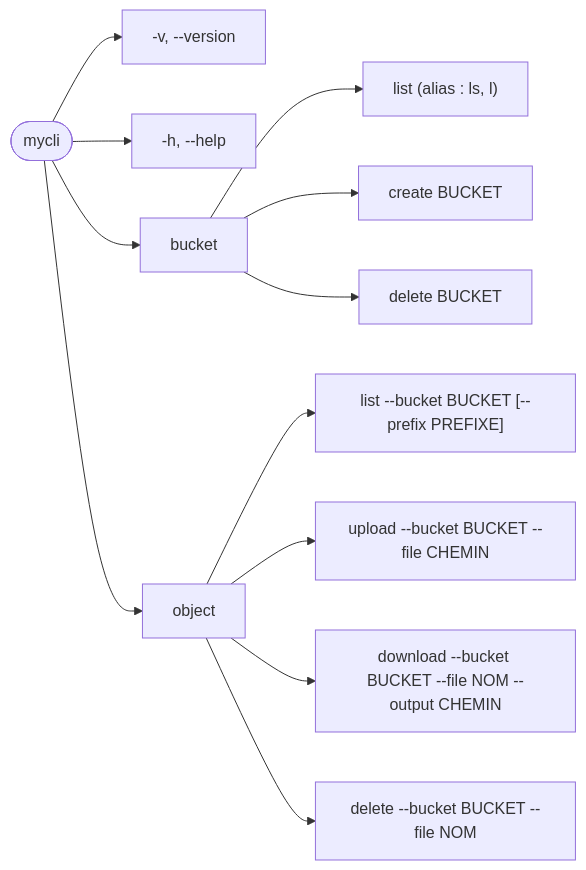
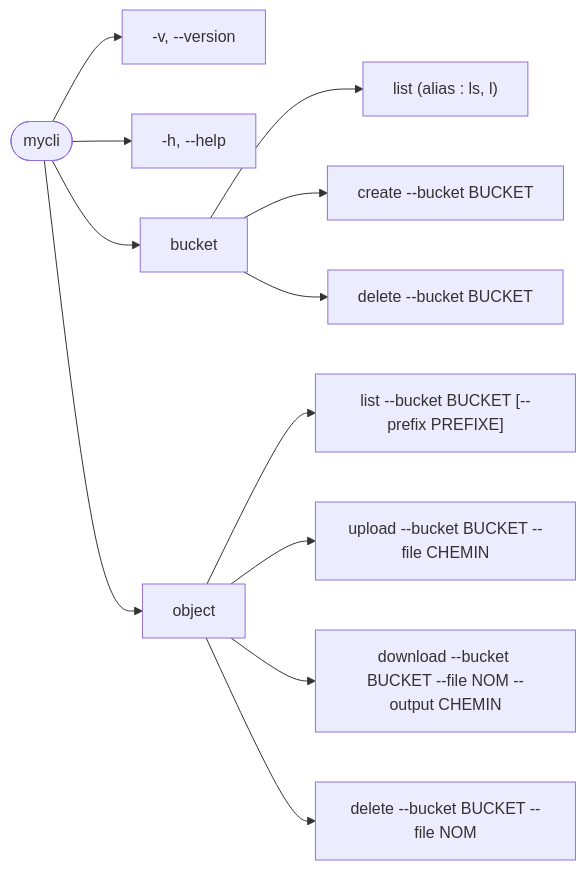
One commit to ArthurDescourvieres/plateforme-mycli changed the diagram in README.md. Above: the diagram before and after it, drawn with Mermaid. The commit also changed other lines of this file, not shown here.

Commit message:
docs: use --bucket for bucket create and delete in the README

````diff
--- a/README.md
+++ b/README.md
@@ -127,17 +127,17 @@
 ```mermaid
 flowchart LR
     mycli([mycli])
     mycli --> version["-v, --version"]
     mycli --> help["-h, --help"]
     mycli --> bucket[bucket]
     mycli --> object[object]
 
     bucket --> blist["list (alias : ls, l)"]
-    bucket --> bcreate["create BUCKET"]
-    bucket --> bdelete["delete BUCKET"]
+    bucket --> bcreate["create --bucket BUCKET"]
+    bucket --> bdelete["delete --bucket BUCKET"]
 
     object --> olist["list --bucket BUCKET [--prefix PREFIXE]"]
     object --> oupload["upload --bucket BUCKET --file CHEMIN"]
     object --> odownload["download --bucket BUCKET --file NOM --output CHEMIN"]
     object --> odelete["delete --bucket BUCKET --file NOM"]
 ```
````
